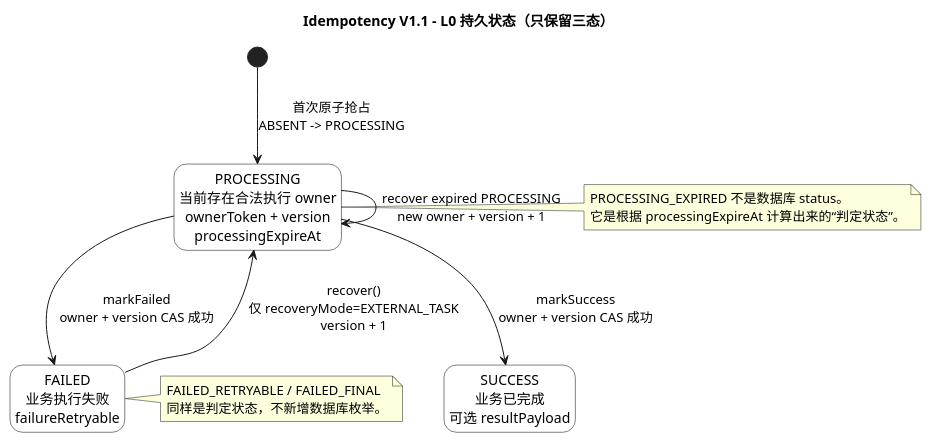
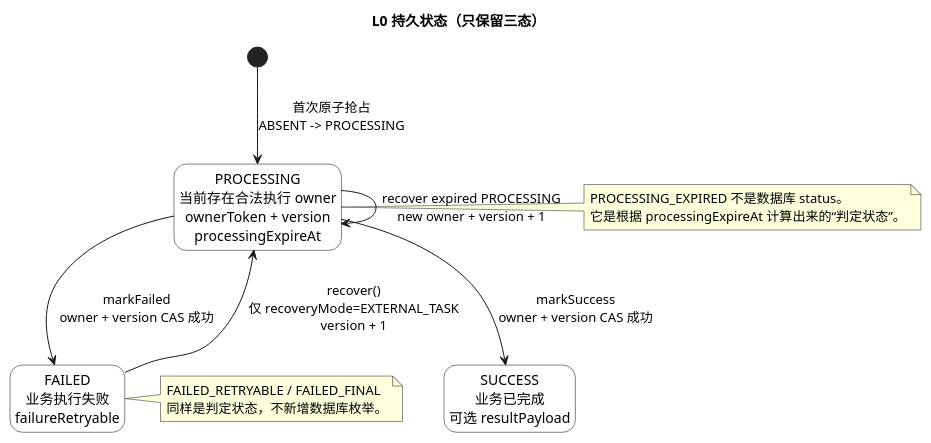
One commit to pbxjtumse/cola-web-standard changed the diagram in component/idempotent-component/docs/diagrams/state/L0-persisted-state.puml. Above: the diagram before and after it, drawn with PlantUML. The commit also changed 47 other files, not shown here.

```diff
--- a/component/idempotent-component/docs/diagrams/state/L0-persisted-state.puml
+++ b/component/idempotent-component/docs/diagrams/state/L0-persisted-state.puml
@@ -1,32 +1,32 @@
 @startuml
-title Idempotency V1.1 - L0 持久状态（只保留三态）
+title L0 持久状态（只保留三态）
 
 hide empty description
 skinparam shadowing false
 skinparam state {
   BackgroundColor White
   BorderColor Black
   FontColor Black
 }
 
 state "PROCESSING\n当前存在合法执行 owner\nownerToken + version\nprocessingExpireAt" as PROCESSING
 state "SUCCESS\n业务已完成\n可选 resultPayload" as SUCCESS
 state "FAILED\n业务执行失败\nfailureRetryable" as FAILED
 
 [*] --> PROCESSING : 首次原子抢占\nABSENT -> PROCESSING
 PROCESSING --> SUCCESS : markSuccess\nowner + version CAS 成功
 PROCESSING --> FAILED : markFailed\nowner + version CAS 成功
 FAILED --> PROCESSING : recover()\n仅 recoveryMode=EXTERNAL_TASK\nversion + 1
 PROCESSING --> PROCESSING : recover expired PROCESSING\nnew owner + version + 1
 
 note right of PROCESSING
 PROCESSING_EXPIRED 不是数据库 status。
 它是根据 processingExpireAt 计算出来的“判定状态”。
 end note
 
 note right of FAILED
 FAILED_RETRYABLE / FAILED_FINAL
 同样是判定状态，不新增数据库枚举。
 end note
 
 @enduml
```
